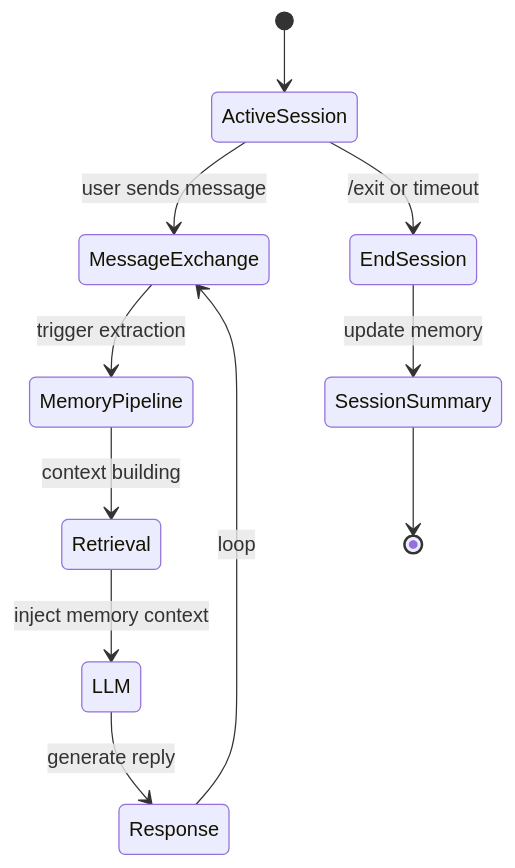
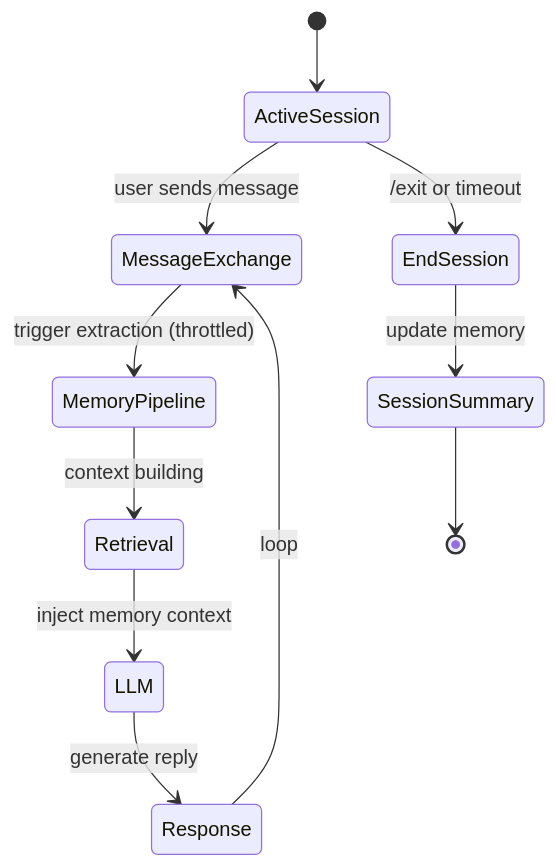
The sixth of 7 diagrams in app/README.md (icedeyes12/yuzu-core), drawn with Mermaid before and after one commit. The commit also changed other lines of this file and 1 other file, not shown here.

````diff
--- a/app/README.md
+++ b/app/README.md
@@ -661,13 +520,13 @@
 ```mermaid
 stateDiagram-v2
     [*] --> ActiveSession
     ActiveSession --> MessageExchange: user sends message
-    MessageExchange --> MemoryPipeline: trigger extraction
+    MessageExchange --> MemoryPipeline: trigger extraction (throttled)
     MemoryPipeline --> Retrieval: context building
     Retrieval --> LLM: inject memory context
     LLM --> Response: generate reply
     Response --> MessageExchange: loop
     ActiveSession --> EndSession: /exit or timeout
     EndSession --> SessionSummary: update memory
     SessionSummary --> [*]
 ```
````
